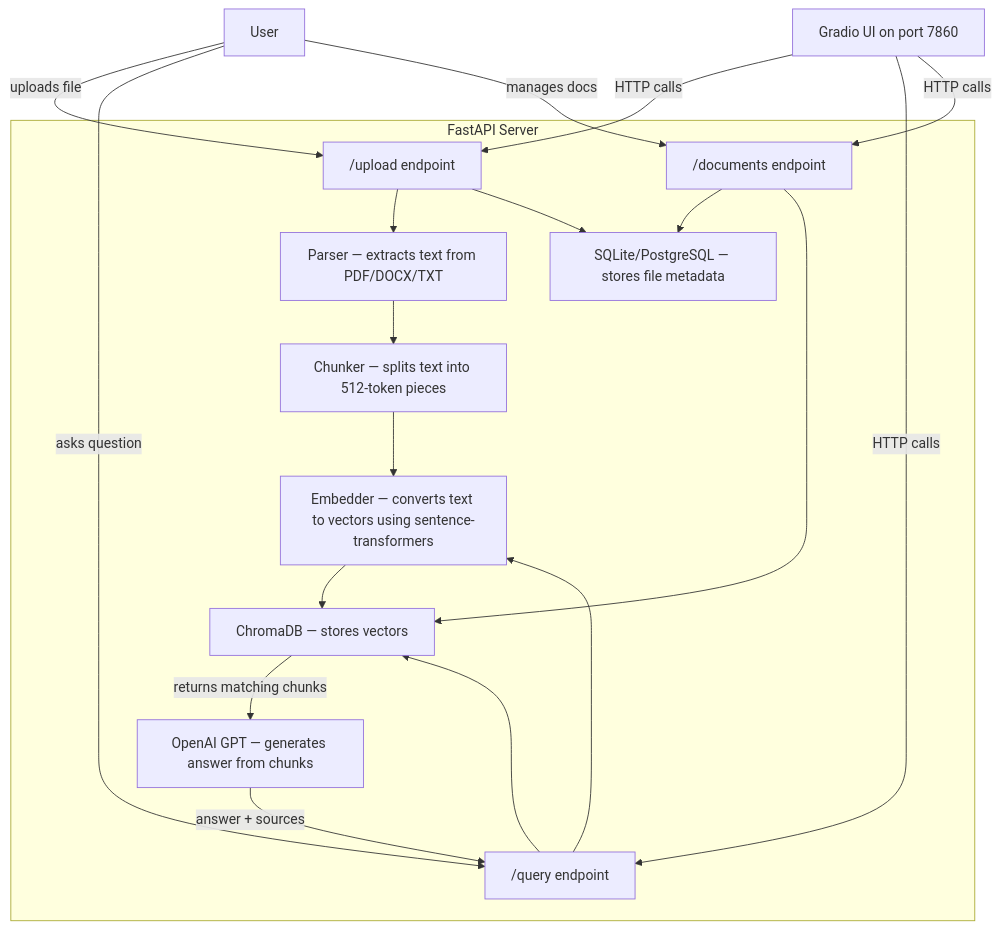
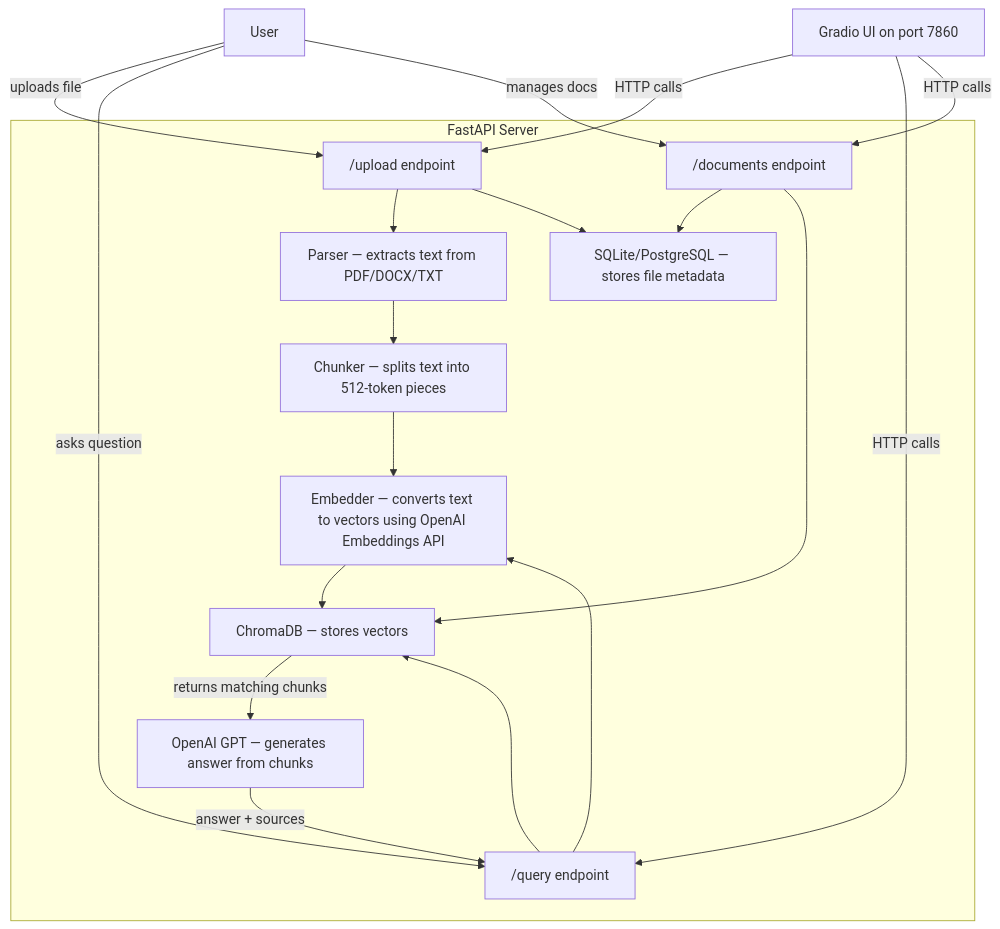
One commit to Dhanugupta0/Lexora-AI changed the diagram in README.md. Above: the diagram before and after it, drawn with Mermaid. The commit also changed other lines of this file and 10 other files, not shown here.

````diff
--- a/README.md
+++ b/README.md
@@ -27,28 +27,28 @@
 ```mermaid
 graph TD
     User["User"]
 
     User -->|uploads file| Upload["/upload endpoint"]
     User -->|asks question| Query["/query endpoint"]
     User -->|manages docs| Docs["/documents endpoint"]
 
     subgraph FastAPI Server
         Upload --> Parser["Parser — extracts text from PDF/DOCX/TXT"]
         Parser --> Chunker["Chunker — splits text into 512-token pieces"]
-        Chunker --> Embedder["Embedder — converts text to vectors using sentence-transformers"]
+        Chunker --> Embedder["Embedder — converts text to vectors using OpenAI Embeddings API"]
         Embedder --> ChromaDB["ChromaDB — stores vectors"]
         Upload --> SQLite["SQLite/PostgreSQL — stores file metadata"]
 
         Query --> Embedder
         Query --> ChromaDB
         ChromaDB -->|returns matching chunks| LLM["OpenAI GPT — generates answer from chunks"]
         LLM -->|answer + sources| Query
 
         Docs --> SQLite
         Docs --> ChromaDB
     end
 
     Gradio["Gradio UI on port 7860"] -->|HTTP calls| Upload
     Gradio -->|HTTP calls| Query
     Gradio -->|HTTP calls| Docs
 ```
````
